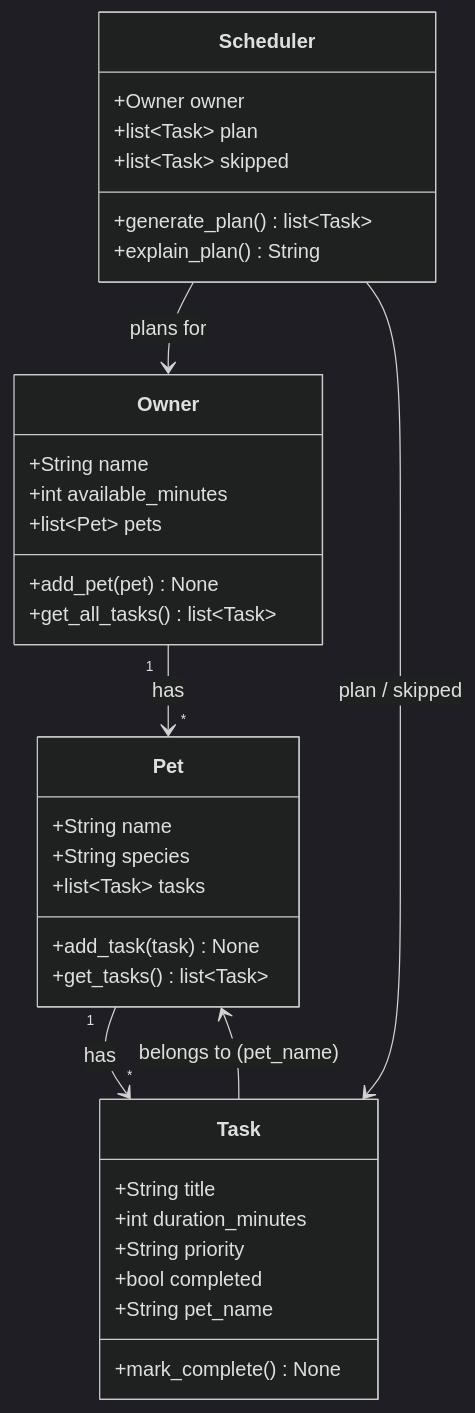
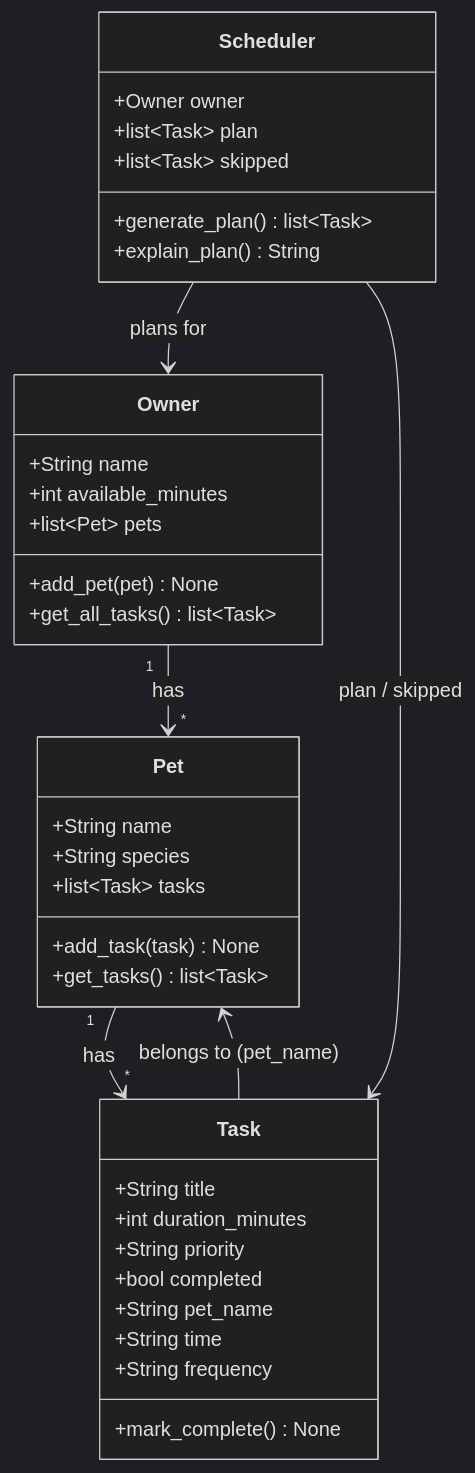
Before and after one commit to amberdemir/ai110-module2show-pawpal-starter: the diagram in diagrams/uml_draft.mmd, drawn with Mermaid (dark theme). The commit also changed 3 other files, not shown here.

```diff
--- a/diagrams/uml_draft.mmd
+++ b/diagrams/uml_draft.mmd
@@ -1,35 +1,37 @@
 classDiagram
   class Owner {
     +String name
     +int available_minutes
     +list~Pet~ pets
     +add_pet(pet) None
     +get_all_tasks() list~Task~
   }
   class Pet {
     +String name
     +String species
     +list~Task~ tasks
     +add_task(task) None
     +get_tasks() list~Task~
   }
   class Task {
     +String title
     +int duration_minutes
     +String priority
     +bool completed
     +String pet_name
+    +String time
+    +String frequency
     +mark_complete() None
   }
   class Scheduler {
     +Owner owner
     +list~Task~ plan
     +list~Task~ skipped
     +generate_plan() list~Task~
     +explain_plan() String
   }
   Owner "1" --> "*" Pet : has
   Pet "1" --> "*" Task : has
   Task --> Pet : belongs to (pet_name)
   Scheduler --> Owner : plans for
   Scheduler --> Task : plan / skipped
```
